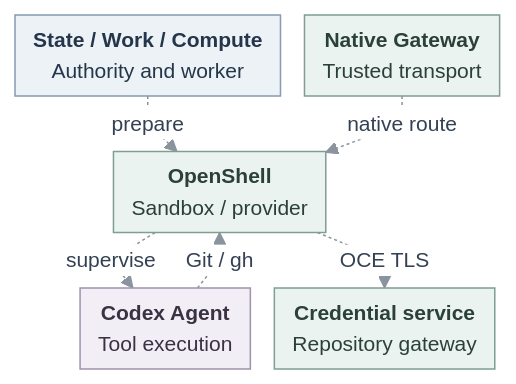
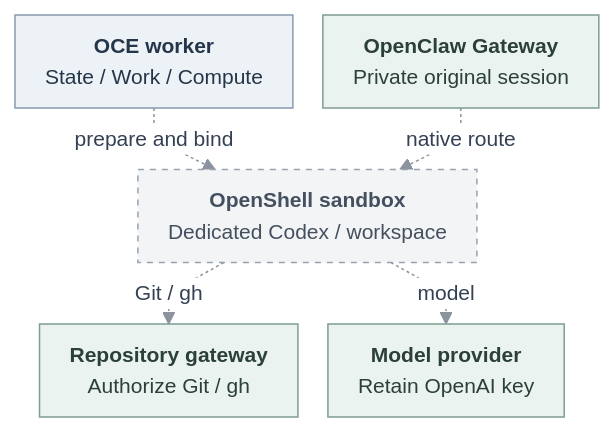
The diagram in specs/37-openshell-runtime.md (SebTardif/openclaw-enterprise), drawn with Mermaid before and after one commit. The commit also changed other lines of this file, not shown here.

Commit message:
docs: clarify OpenShell runtime reuse and delivery checkpoints

````diff
--- a/specs/37-openshell-runtime.md
+++ b/specs/37-openshell-runtime.md
@@ -31,32 +37,34 @@
 ```mermaid
 ---
 config:
   theme: base
   htmlLabels: true
   themeVariables:
     fontSize: 14px
     primaryTextColor: "#344054"
     lineColor: "#8B949E"
     edgeLabelBackground: "#FFFFFF"
   flowchart:
     curve: linear
-    nodeSpacing: 16
-    rankSpacing: 16
-    padding: 6
+    nodeSpacing: 20
+    rankSpacing: 20
+    padding: 10
 ---
 flowchart TB
-  C["<b>State / Work / Compute</b><br/>Authority and worker"]
-  G["<b>Native Gateway</b><br/>Trusted transport"]
-  C -. prepare .-> O["<b>OpenShell</b><br/>Sandbox / provider"]
-  G -. native route .-> O
-  O -. supervise .-> A["<b>Codex Agent</b><br/>Tool execution"]
-  A -. Git / gh .-> O
-  O -. OCE TLS .-> R["<b>Credential service</b><br/>Repository gateway"]
+  C["<b>OCE worker</b><br/>State / Work / Compute"]
+  G["<b>OpenClaw Gateway</b><br/>Private original session"]
+  S["<b>OpenShell sandbox</b><br/>Dedicated Codex / workspace"]
+  R["<b>Repository gateway</b><br/>Authorize Git / gh"]
+  M["<b>Model provider</b><br/>Retain OpenAI key"]
+  C -. prepare and bind .-> S
+  G -. native route .-> S
+  S -. Git / gh .-> R
+  S -. model .-> M
   classDef authority fill:#EDF2F7,stroke:#879AB0,color:#25364A,stroke-width:1px
   classDef trusted fill:#EBF3F0,stroke:#7F9D93,color:#2B4038,stroke-width:1px
-  classDef workload fill:#F1EEF5,stroke:#A091AD,color:#3A3243,stroke-width:1px
+  classDef pending fill:#F3F4F6,stroke:#98A2AE,color:#44505F,stroke-width:1px,stroke-dasharray:4 4
   class C authority
-  class O,G,R trusted
-  class A workload
+  class G,R,M trusted
+  class S pending
   linkStyle default stroke:#8B949E,stroke-width:1px
 ```
````
